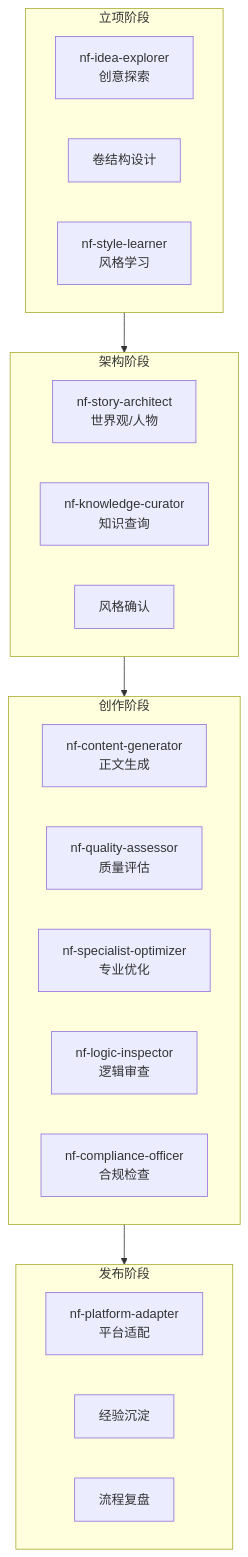
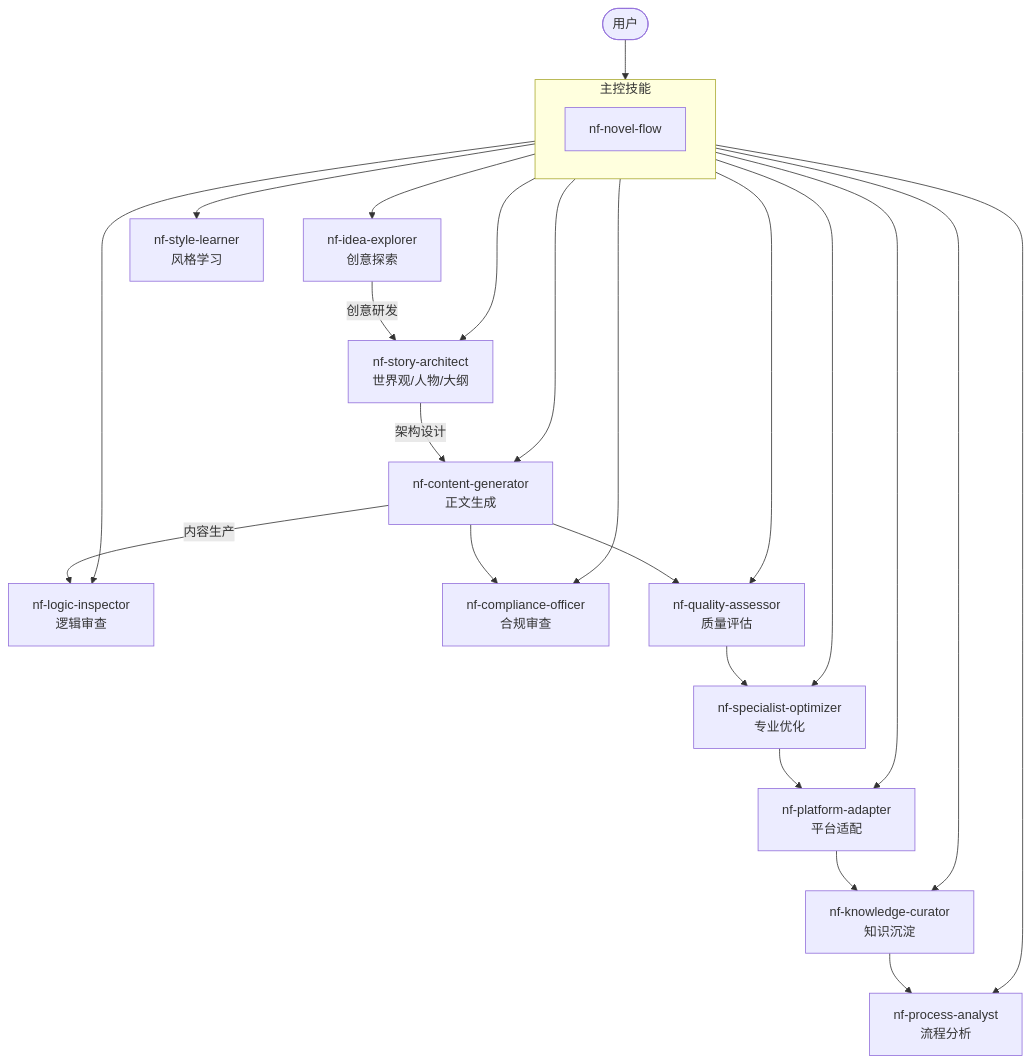
Before and after one commit to Tooooommy/novel-flow: the first of 3 diagrams in .trae/skills/nf-novel-flow/SKILL.md, drawn with Mermaid. The commit also changed other lines of this file, not shown here.

Commit message:
优化: 系统架构mermaid化

````diff
--- a/.trae/skills/nf-novel-flow/SKILL.md
+++ b/.trae/skills/nf-novel-flow/SKILL.md
@@ -60,30 +23,33 @@
 ```mermaid
-flowchart TB
-    subgraph 立项阶段
-        IE[nf-idea-explorer<br/>创意探索]
-        VM[卷结构设计]
-        SL[nf-style-learner<br/>风格学习]
+flowchart TD
+    User([用户])
+
+    subgraph nf-novel-flow[主控技能]
+        direction LR
+        NF[nf-novel-flow]
     end
 
-    subgraph 架构阶段
-        SA[nf-story-architect<br/>世界观/人物]
-        KC[nf-knowledge-curator<br/>知识查询]
-        SL2[风格确认]
-    end
+    User --> NF
 
-    subgraph 创作阶段
-        CG[nf-content-generator<br/>正文生成]
-        QA[nf-quality-assessor<br/>质量评估]
-        SO[nf-specialist-optimizer<br/>专业优化]
-        LI[nf-logic-inspector<br/>逻辑审查]
-        CO[nf-compliance-officer<br/>合规检查]
-    end
+    NF --> IE[nf-idea-explorer<br/>创意探索]
+    NF --> SA[nf-story-architect<br/>世界观/人物/大纲]
+    NF --> CG[nf-content-generator<br/>正文生成]
+    NF --> SL[nf-style-learner<br/>风格学习]
+    NF --> LI[nf-logic-inspector<br/>逻辑审查]
+    NF --> CO[nf-compliance-officer<br/>合规审查]
+    NF --> QA[nf-quality-assessor<br/>质量评估]
+    NF --> SO[nf-specialist-optimizer<br/>专业优化]
+    NF --> PA[nf-platform-adapter<br/>平台适配]
+    NF --> KC[nf-knowledge-curator<br/>知识沉淀]
+    NF --> PA2[nf-process-analyst<br/>流程分析]
 
-    subgraph 发布阶段
-        PA[nf-platform-adapter<br/>平台适配]
-        KC2[经验沉淀]
-        PA2[流程复盘]
-    end
-
-    立项阶段 --> 架构阶段 --> 创作阶段 --> 发布阶段
+    IE --> |创意研发| SA
+    SA --> |架构设计| CG
+    CG --> |内容生产| LI
+    CG --> CO
+    CG --> QA
+    QA --> SO
+    SO --> PA
+    PA --> KC
+    KC --> PA2
 ```
````
